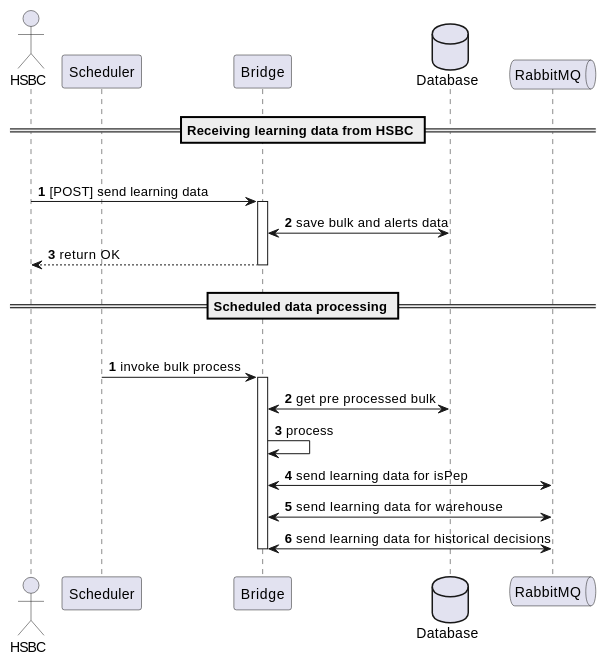
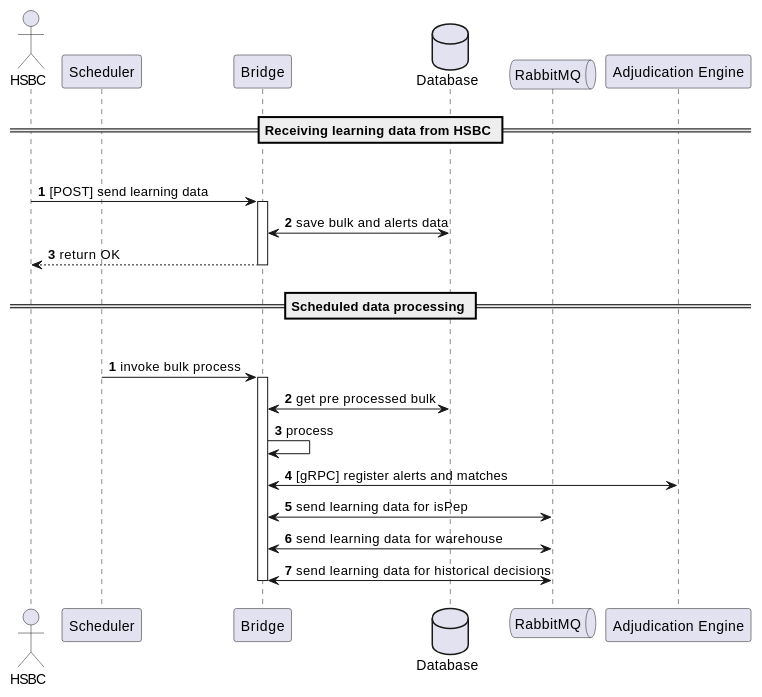
One commit to ngraczykowski/iris-root changed the diagram in modules/hsbc-bridge/docs/diagrams/learning-data/learning-data-flow.adoc. Above: the diagram before and after it, drawn with PlantUML. The commit also changed 8 other files, not shown here.

Commit message:
INTERNAL: Review all documentation diagrams (ALL-256)

```diff
--- a/modules/hsbc-bridge/docs/diagrams/learning-data/learning-data-flow.adoc
+++ b/modules/hsbc-bridge/docs/diagrams/learning-data/learning-data-flow.adoc
@@ -1,45 +1,47 @@
 [plantuml,importing-steps,svg]
 -----
 @startuml
 !pragma teoz true
 
 
 actor "HSBC" as hsbc
 participant "Scheduler" as scheduler
 participant "Bridge" as bridge
 database Database as db
 queue RabbitMQ as queue
+participant "Adjudication Engine" as ae
 
 
 ||10||
 == Receiving learning data from HSBC ==
 |||
 
 
 autonumber
 
 hsbc -> bridge: [POST] send learning data
 activate bridge
 bridge <-> db: save bulk and alerts data
 bridge --> hsbc: return OK
 deactivate bridge
 
 ||10||
 == Scheduled data processing ==
 |||
 
 autonumber
 
 scheduler -> bridge:  invoke bulk process
 activate bridge
 bridge <-> db: get pre processed bulk
 bridge -> bridge: process
 
+bridge <-> ae: [gRPC] register alerts and matches
 bridge <-> queue: send learning data for isPep
 bridge <-> queue: send learning data for warehouse
 bridge <-> queue: send learning data for historical decisions
 deactivate bridge
 
 ||10||
 @enduml
 -----
```
